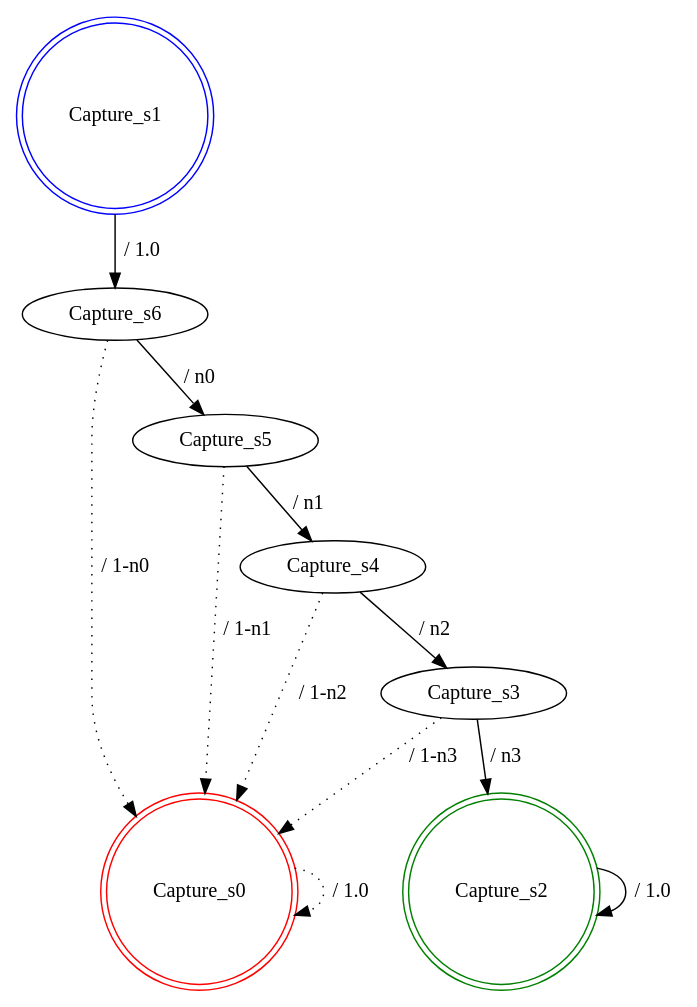
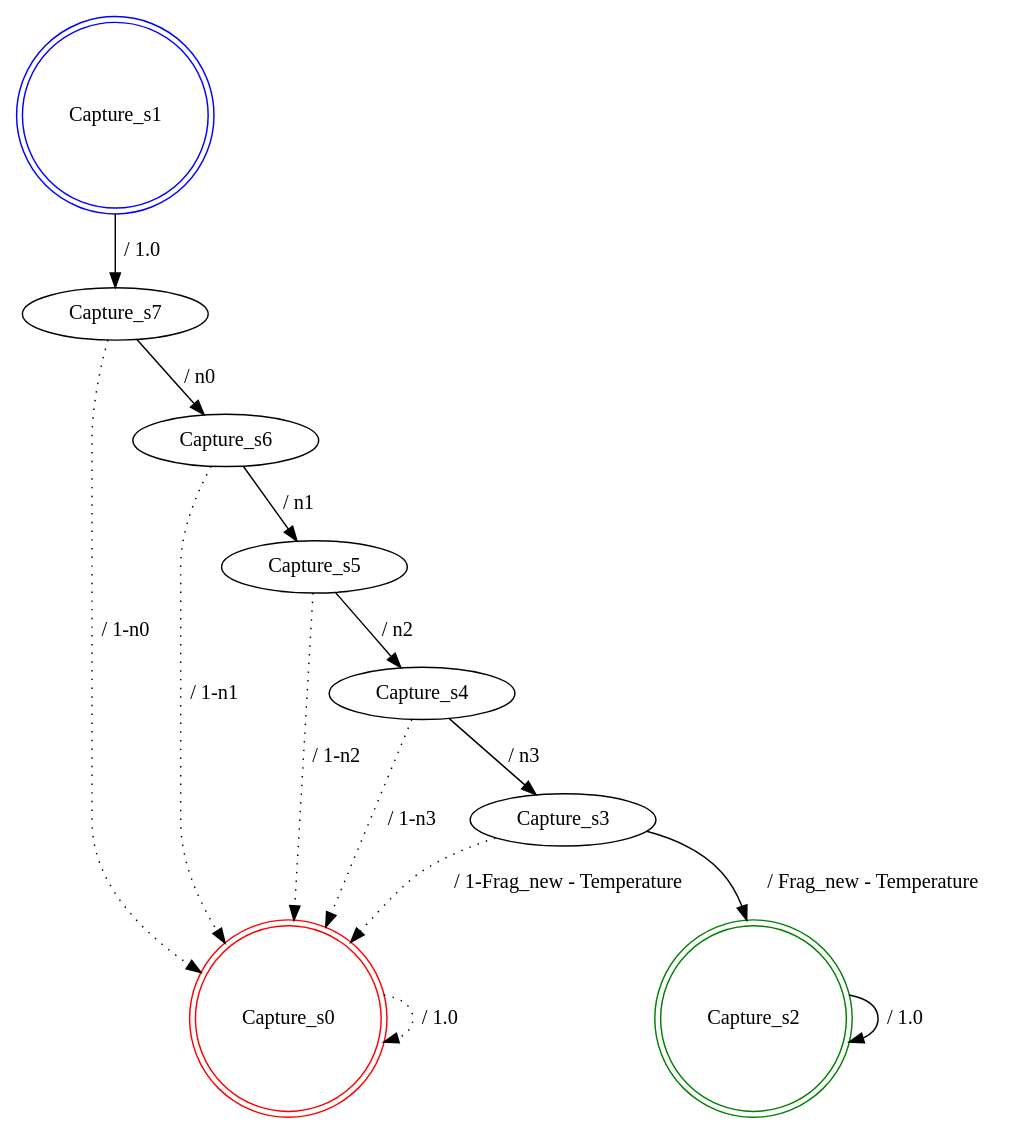
One commit to SPLMC/spl-generator changed the diagram in src/generatedModels/1/fdtmc_Capture.dot. Above: the diagram before and after it, drawn with Graphviz. The commit also changed 5 other files, not shown here.

```diff
--- a/src/generatedModels/1/fdtmc_Capture.dot
+++ b/src/generatedModels/1/fdtmc_Capture.dot
@@ -1,20 +1,23 @@
 digraph graphname {
 Capture_s0 [label="Capture_s0",color=red,shape=doublecircle ];
 Capture_s1 [label="Capture_s1",color=blue,shape=doublecircle ];
 Capture_s2 [label="Capture_s2",color=green,shape=doublecircle ];
 Capture_s3 [label="Capture_s3" ];
 Capture_s4 [label="Capture_s4" ];
 Capture_s5 [label="Capture_s5" ];
 Capture_s6 [label="Capture_s6" ];
+Capture_s7 [label="Capture_s7" ];
 Capture_s0 -> Capture_s0 [label=" / 1.0", style=dotted];
-Capture_s1 -> Capture_s6 [label=" / 1.0"];
+Capture_s1 -> Capture_s7 [label=" / 1.0"];
 Capture_s2 -> Capture_s2 [label=" / 1.0"];
-Capture_s3 -> Capture_s2 [label=" / n3"];
-Capture_s3 -> Capture_s0 [label=" / 1-n3", style=dotted];
-Capture_s4 -> Capture_s3 [label=" / n2"];
-Capture_s4 -> Capture_s0 [label=" / 1-n2", style=dotted];
-Capture_s5 -> Capture_s4 [label=" / n1"];
-Capture_s5 -> Capture_s0 [label=" / 1-n1", style=dotted];
-Capture_s6 -> Capture_s5 [label=" / n0"];
-Capture_s6 -> Capture_s0 [label=" / 1-n0", style=dotted];
+Capture_s3 -> Capture_s2 [label=" / Frag_new - Temperature"];
+Capture_s3 -> Capture_s0 [label=" / 1-Frag_new - Temperature", style=dotted];
+Capture_s4 -> Capture_s3 [label=" / n3"];
+Capture_s4 -> Capture_s0 [label=" / 1-n3", style=dotted];
+Capture_s5 -> Capture_s4 [label=" / n2"];
+Capture_s5 -> Capture_s0 [label=" / 1-n2", style=dotted];
+Capture_s6 -> Capture_s5 [label=" / n1"];
+Capture_s6 -> Capture_s0 [label=" / 1-n1", style=dotted];
+Capture_s7 -> Capture_s6 [label=" / n0"];
+Capture_s7 -> Capture_s0 [label=" / 1-n0", style=dotted];
 }
```
